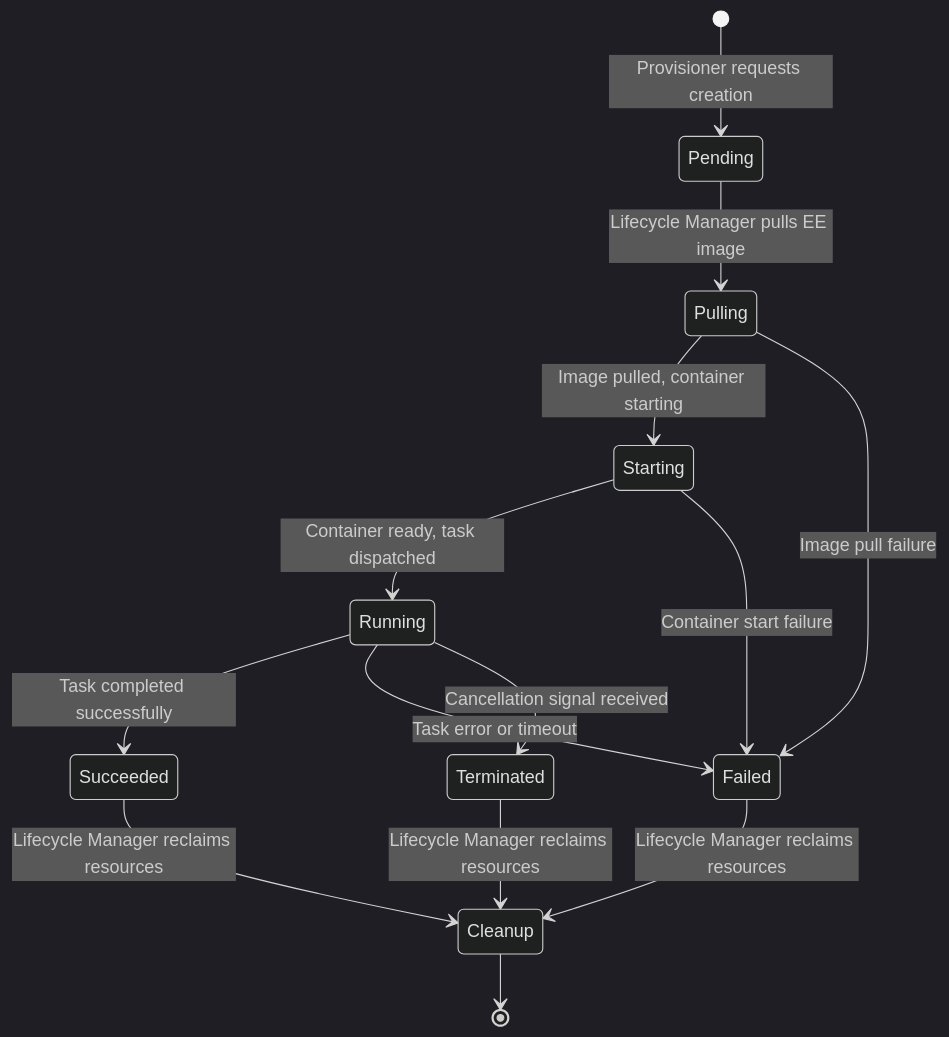
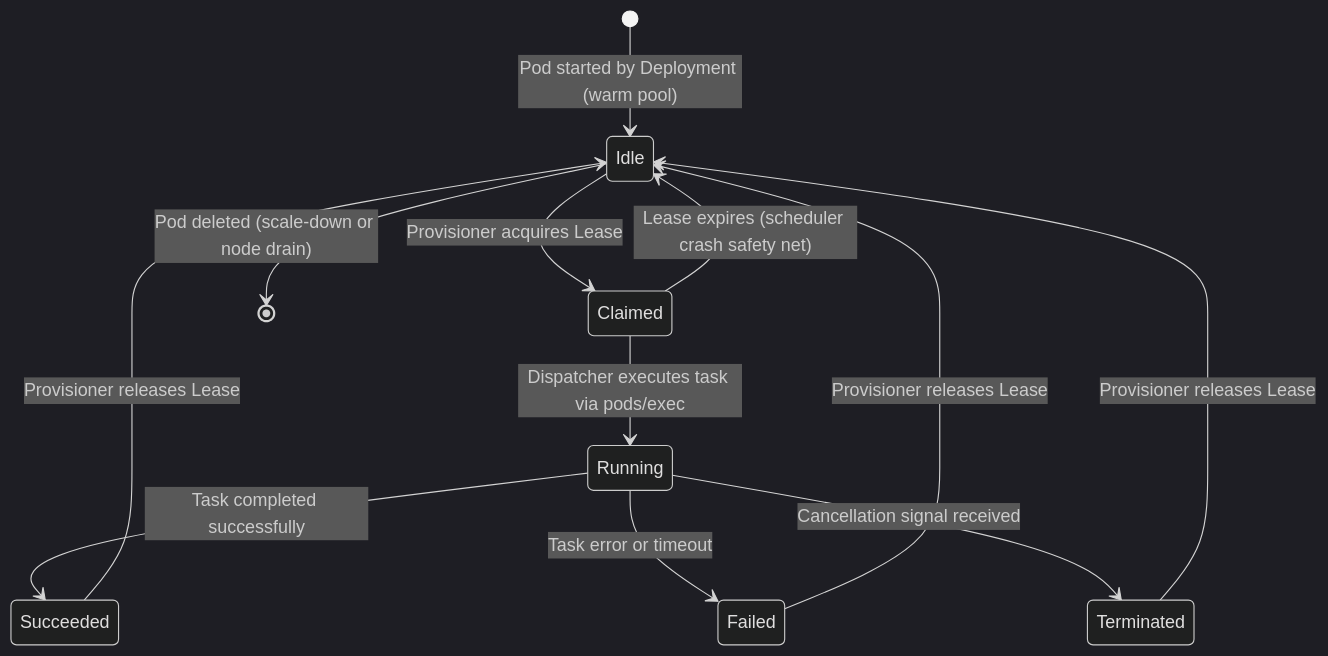
Before and after one commit to manstis/syntara: diagram 11 of 14 in backend/docs/execution-plane.md, drawn with Mermaid (dark theme). The commit also changed other lines of this file and 1 other file, not shown here.

Commit message:
chore: Remove Lifecycle Manager.

````diff
--- a/backend/docs/execution-plane.md
+++ b/backend/docs/execution-plane.md
@@ -624,16 +601,14 @@
 ```mermaid
 stateDiagram-v2
-    [*] --> Pending: Provisioner requests creation
-    Pending --> Pulling: Lifecycle Manager pulls EE image
-    Pulling --> Starting: Image pulled, container starting
-    Starting --> Running: Container ready, task dispatched
+    [*] --> Idle: Pod started by Deployment (warm pool)
+    Idle --> Claimed: Provisioner acquires Lease
+    Claimed --> Running: Dispatcher executes task via pods/exec
     Running --> Succeeded: Task completed successfully
     Running --> Failed: Task error or timeout
     Running --> Terminated: Cancellation signal received
-    Pulling --> Failed: Image pull failure
-    Starting --> Failed: Container start failure
-    Succeeded --> Cleanup: Lifecycle Manager reclaims resources
-    Failed --> Cleanup: Lifecycle Manager reclaims resources
-    Terminated --> Cleanup: Lifecycle Manager reclaims resources
-    Cleanup --> [*]
+    Succeeded --> Idle: Provisioner releases Lease
+    Failed --> Idle: Provisioner releases Lease
+    Terminated --> Idle: Provisioner releases Lease
+    Idle --> [*]: Pod deleted (scale-down or node drain)
+    Claimed --> Idle: Lease expires (scheduler crash safety net)
 ```
````
